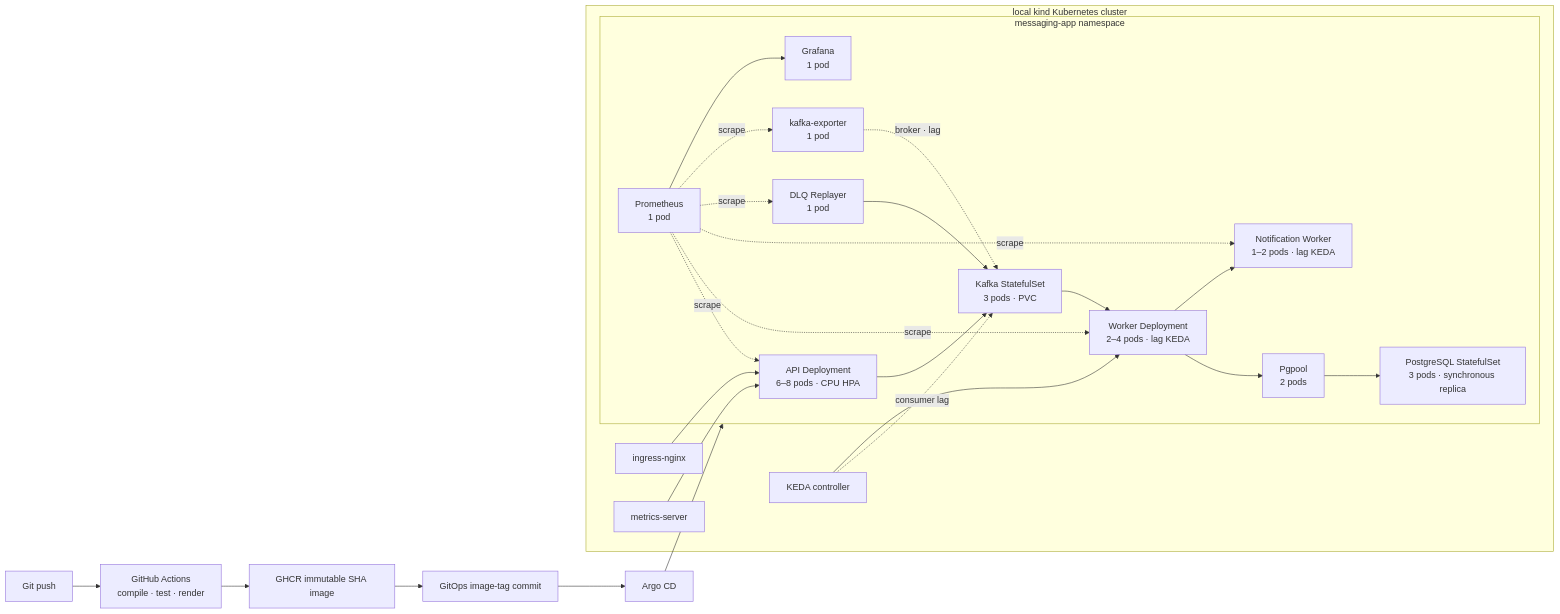
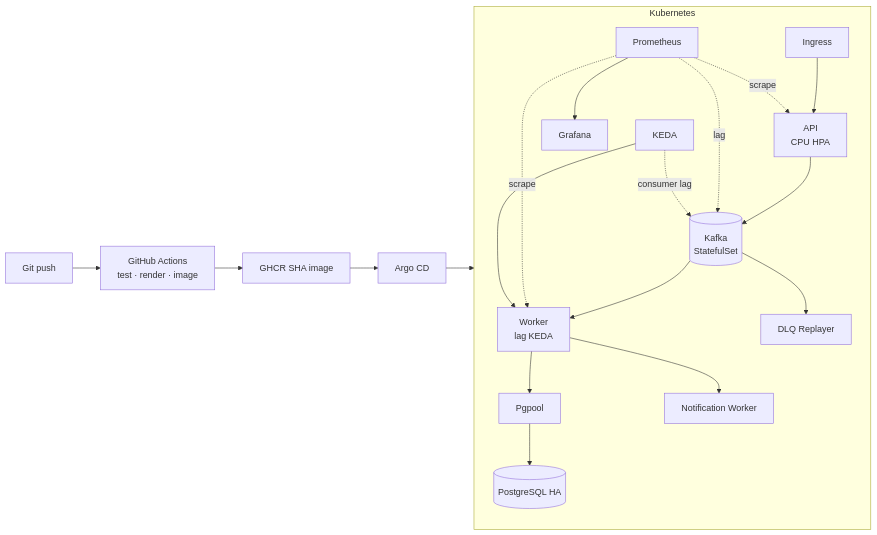
The diagram in README.md (Jangwanko/Cloud_portfolio), drawn with Mermaid before and after one commit. The commit also changed other lines of this file and 15 other files, not shown here.

````diff
--- a/README.md
+++ b/README.md
@@ -30,45 +22,23 @@
 ```mermaid
 flowchart LR
-    Git[Git push] --> CI[GitHub Actions<br/>compile · test · render]
-    CI --> Image[GHCR immutable SHA image]
-    Image --> Tag[GitOps image-tag commit]
-    Tag --> Argo[Argo CD]
+    Git[Git push] --> CI[GitHub Actions<br/>test · render · image]
+    CI --> GHCR[GHCR SHA image]
+    GHCR --> Argo[Argo CD]
 
-    subgraph Cluster[local kind Kubernetes cluster]
-        Ingress[ingress-nginx]
-        Metrics[metrics-server]
-        KEDA[KEDA controller]
-
-        subgraph App[messaging-app namespace]
-            API[API Deployment<br/>6–8 pods · CPU HPA]
-            Kafka[Kafka StatefulSet<br/>3 pods · PVC]
-            Worker[Worker Deployment<br/>2–4 pods · lag KEDA]
-            Notify[Notification Worker<br/>1–2 pods · lag KEDA]
-            DLQ[DLQ Replayer<br/>1 pod]
-            Pool[Pgpool<br/>2 pods]
-            DB[PostgreSQL StatefulSet<br/>3 pods · synchronous replica]
-            Exporter[kafka-exporter<br/>1 pod]
-            Prom[Prometheus<br/>1 pod]
-            Grafana[Grafana<br/>1 pod]
-        end
-
-        Ingress --> API
-        API --> Kafka
-        Kafka --> Worker
-        Worker --> Pool --> DB
-        Worker --> Notify
-        DLQ --> Kafka
-        Metrics --> API
-        KEDA -. consumer lag .-> Kafka
-        KEDA --> Worker
-        Exporter -. broker · lag .-> Kafka
-        Prom -. scrape .-> API
-        Prom -. scrape .-> Worker
-        Prom -. scrape .-> Notify
-        Prom -. scrape .-> DLQ
-        Prom -. scrape .-> Exporter
-        Prom --> Grafana
+    subgraph K8s[Kubernetes]
+      Ingress[Ingress] --> API[API<br/>CPU HPA]
+      API --> Kafka[(Kafka<br/>StatefulSet)]
+      Kafka --> Worker[Worker<br/>lag KEDA]
+      Worker --> Pool[Pgpool] --> DB[(PostgreSQL HA)]
+      Worker --> Notify[Notification Worker]
+      Kafka --> DLQ[DLQ Replayer]
+      Metrics[Prometheus] -. scrape .-> API
+      Metrics -. scrape .-> Worker
+      Metrics -. lag .-> Kafka
+      Metrics --> Grafana[Grafana]
+      KEDA[KEDA] -. consumer lag .-> Kafka
+      KEDA --> Worker
     end
 
-    Argo --> App
+    Argo --> K8s
 ```
````
